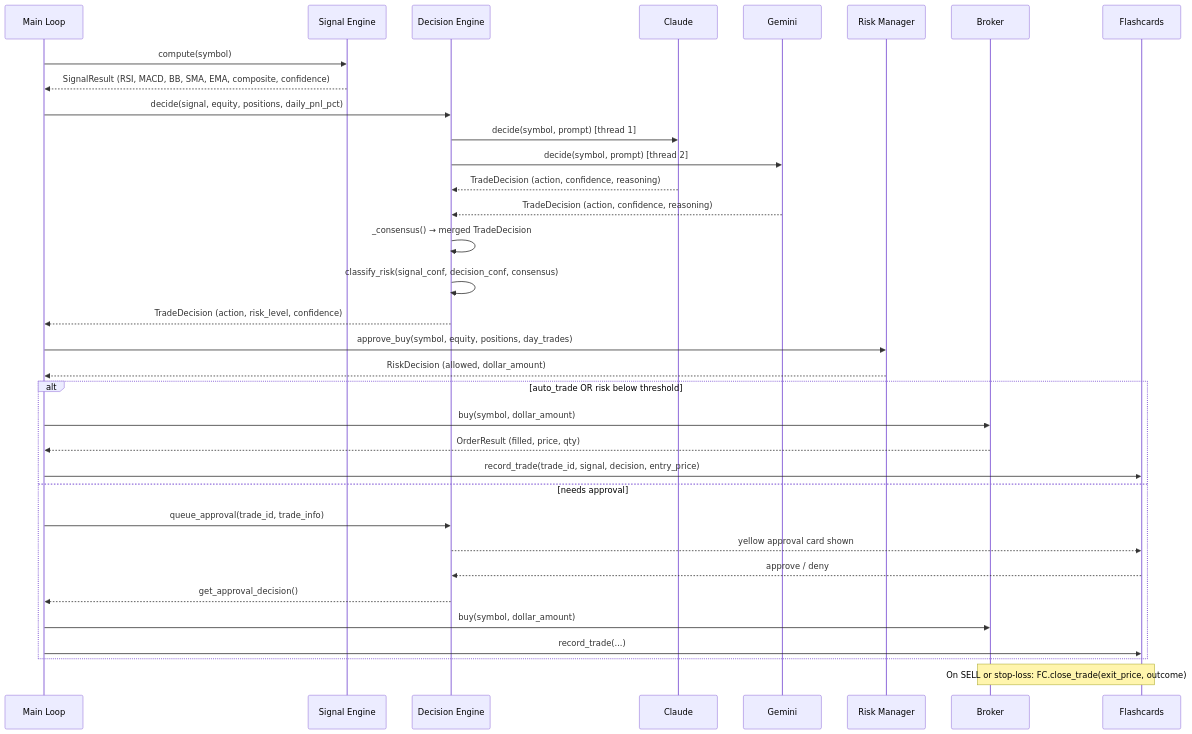
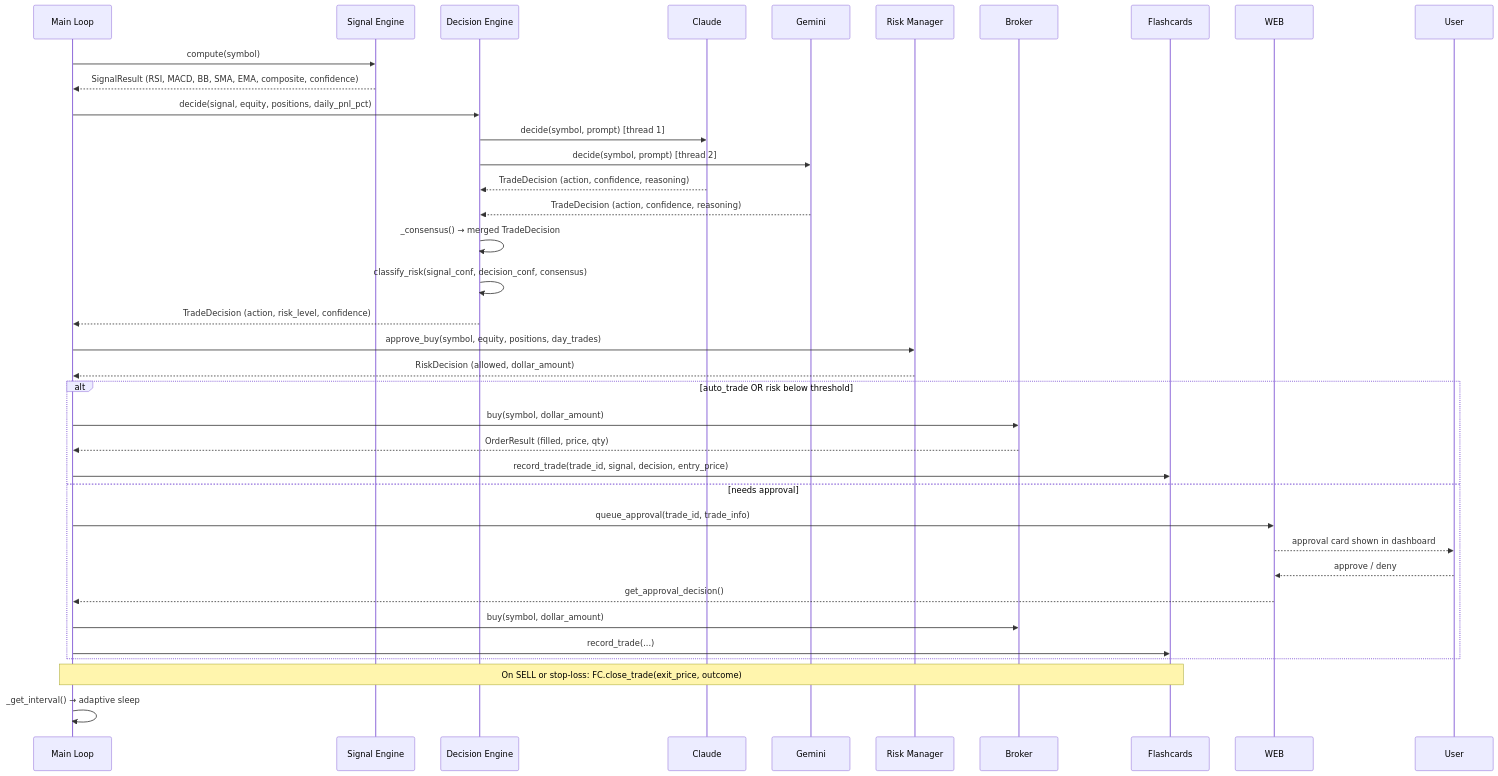
Before and after one commit to ErickZBrambila/argus: the second of 5 diagrams in README.md, drawn with Mermaid. The commit also changed other lines of this file and 5 other files, not shown here.

````diff
--- a/README.md
+++ b/README.md
@@ -49,37 +58,38 @@
 ```mermaid
 sequenceDiagram
     participant ML as Main Loop
     participant SE as Signal Engine
     participant DE as Decision Engine
     participant C as Claude
     participant G as Gemini
     participant RM as Risk Manager
     participant B as Broker
     participant FC as Flashcards
 
     ML->>SE: compute(symbol)
     SE-->>ML: SignalResult (RSI, MACD, BB, SMA, EMA, composite, confidence)
     ML->>DE: decide(signal, equity, positions, daily_pnl_pct)
     DE->>C: decide(symbol, prompt) [thread 1]
     DE->>G: decide(symbol, prompt) [thread 2]
     C-->>DE: TradeDecision (action, confidence, reasoning)
     G-->>DE: TradeDecision (action, confidence, reasoning)
     DE->>DE: _consensus() → merged TradeDecision
     DE->>DE: classify_risk(signal_conf, decision_conf, consensus)
     DE-->>ML: TradeDecision (action, risk_level, confidence)
     ML->>RM: approve_buy(symbol, equity, positions, day_trades)
     RM-->>ML: RiskDecision (allowed, dollar_amount)
     alt auto_trade OR risk below threshold
         ML->>B: buy(symbol, dollar_amount)
         B-->>ML: OrderResult (filled, price, qty)
         ML->>FC: record_trade(trade_id, signal, decision, entry_price)
     else needs approval
-        ML->>DE: queue_approval(trade_id, trade_info)
-        DE-->>FC: yellow approval card shown
-        FC-->>DE: approve / deny
-        DE-->>ML: get_approval_decision()
+        ML->>WEB: queue_approval(trade_id, trade_info)
+        WEB-->>User: approval card shown in dashboard
+        User-->>WEB: approve / deny
+        WEB-->>ML: get_approval_decision()
         ML->>B: buy(symbol, dollar_amount)
         ML->>FC: record_trade(...)
     end
-    Note over B,FC: On SELL or stop-loss: FC.close_trade(exit_price, outcome)
+    Note over ML,FC: On SELL or stop-loss: FC.close_trade(exit_price, outcome)
+    ML->>ML: _get_interval() → adaptive sleep
 ```
````
